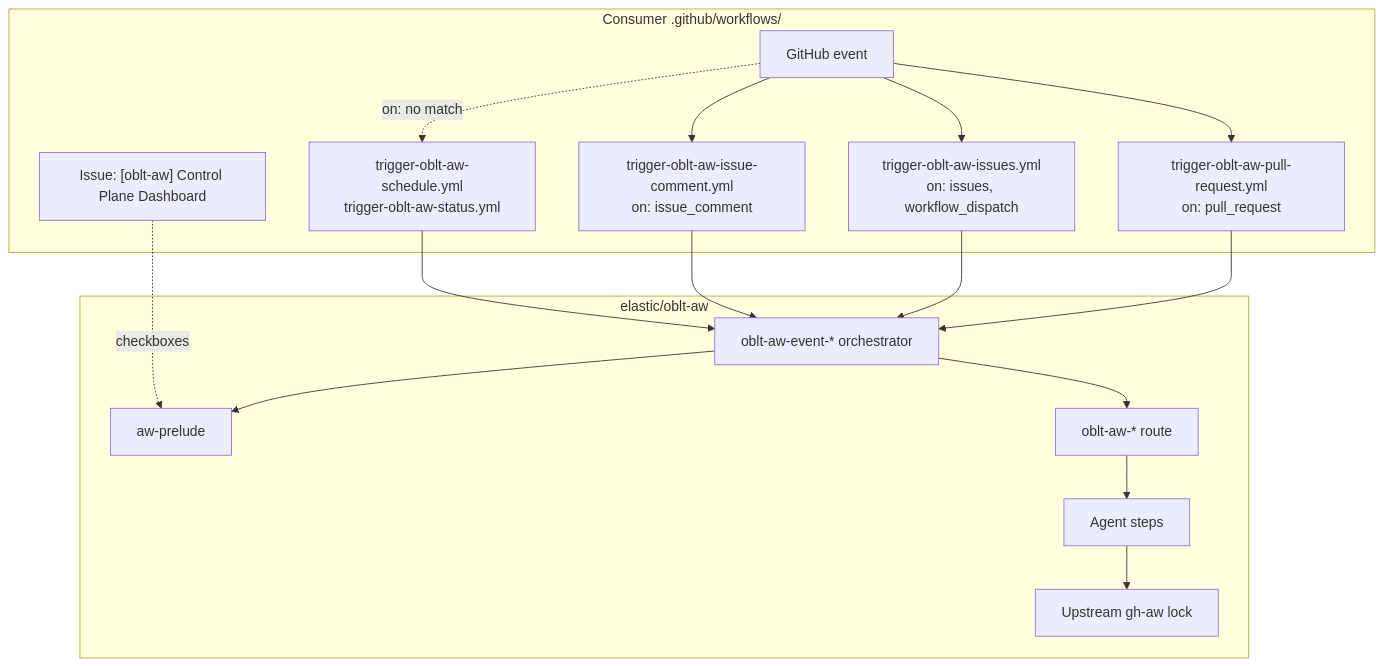
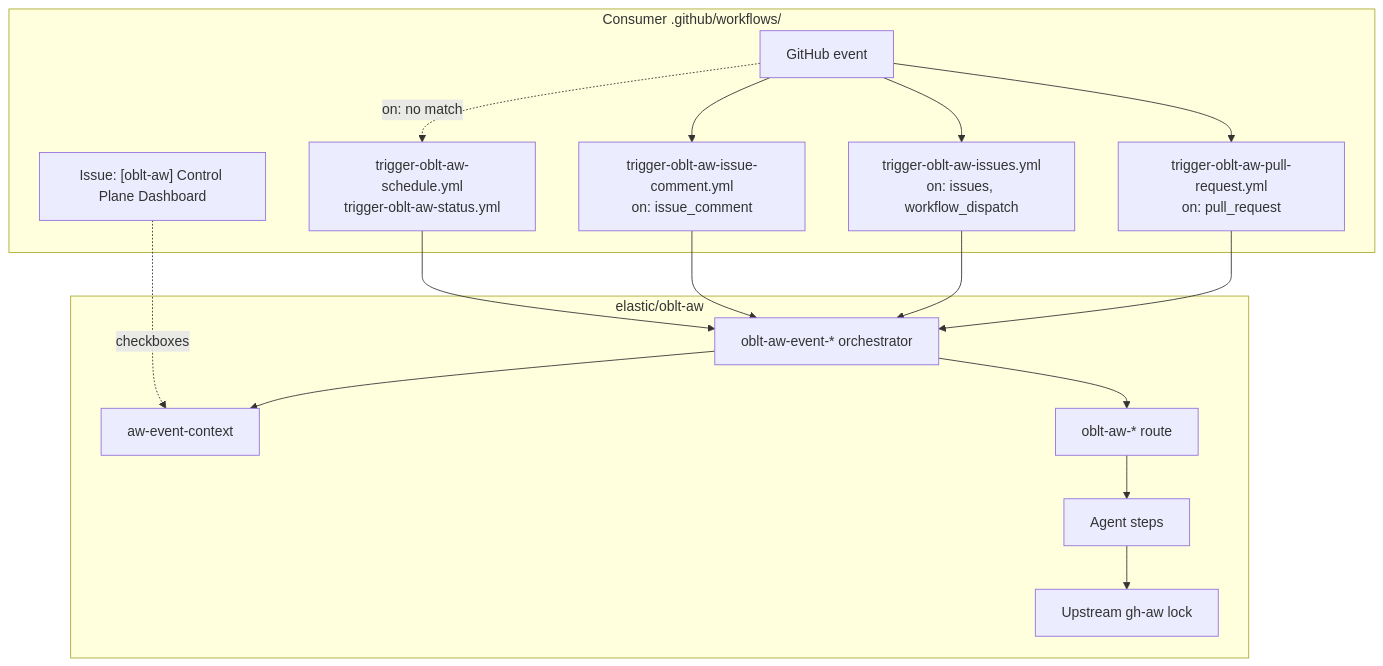
Before and after one commit to elastic/oblt-aw: the diagram in docs/workflows/oblt-aw-client-template.md, drawn with Mermaid. The commit also changed other lines of this file and 27 other files, not shown here.

First line of the commit message:
feat(oblt-aw): event-scoped orchestrators replace per-route prelude

````diff
--- a/docs/workflows/oblt-aw-client-template.md
+++ b/docs/workflows/oblt-aw-client-template.md
@@ -19,32 +19,32 @@
 ```mermaid
 flowchart TB
   subgraph Consumer["Consumer .github/workflows/"]
     EVT["GitHub event"]
     C_PR["trigger-oblt-aw-pull-request.yml\non: pull_request"]
     C_ISS["trigger-oblt-aw-issues.yml\non: issues, workflow_dispatch"]
     C_COM["trigger-oblt-aw-issue-comment.yml\non: issue_comment"]
     C_SCH["trigger-oblt-aw-schedule.yml\ntrigger-oblt-aw-status.yml"]
     DASH["Issue: [oblt-aw] Control Plane Dashboard"]
     EVT --> C_PR
     EVT --> C_ISS
     EVT --> C_COM
     EVT -.->|on: no match| C_SCH
   end
 
   subgraph OBLT["elastic/oblt-aw"]
     ORCH["oblt-aw-event-* orchestrator"]
-    CTX["aw-prelude"]
+    CTX["aw-event-context"]
     R["oblt-aw-* route"]
     AG["Agent steps"]
     LOCK["Upstream gh-aw lock"]
     ORCH --> CTX
     ORCH --> R
     R --> AG --> LOCK
   end
 
   DASH -.->|checkboxes| CTX
   C_PR --> ORCH
   C_ISS --> ORCH
   C_COM --> ORCH
   C_SCH --> ORCH
 ```
````
